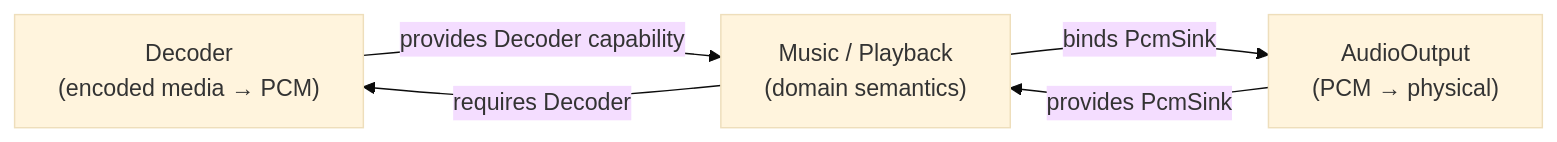
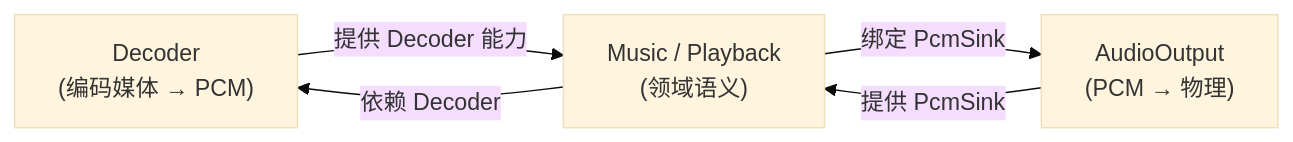
Before and after one commit to jnhu76/qianqian: the first of 2 diagrams in website/architecture/plugin-graph.md, drawn with Mermaid (base theme). The commit also changed other lines of this file and 22 other files, not shown here.

````diff
--- a/website/architecture/plugin-graph.md
+++ b/website/architecture/plugin-graph.md
@@ -20,11 +20,11 @@
 ```mermaid
 flowchart LR
-    DEC["Decoder<br/>(encoded media → PCM)"]
-    MUSIC["Music / Playback<br/>(domain semantics)"]
-    AOUT["AudioOutput<br/>(PCM → physical)"]
+    DEC["Decoder<br/>(编码媒体 → PCM)"]
+    MUSIC["Music / Playback<br/>(领域语义)"]
+    AOUT["AudioOutput<br/>(PCM → 物理)"]
 
-    DEC -->|"provides Decoder capability"| MUSIC
-    MUSIC -->|"requires Decoder"| DEC
-    MUSIC -->|"binds PcmSink"| AOUT
-    AOUT -->|"provides PcmSink"| MUSIC
+    DEC -->|"提供 Decoder 能力"| MUSIC
+    MUSIC -->|"依赖 Decoder"| DEC
+    MUSIC -->|"绑定 PcmSink"| AOUT
+    AOUT -->|"提供 PcmSink"| MUSIC
 ```
````
